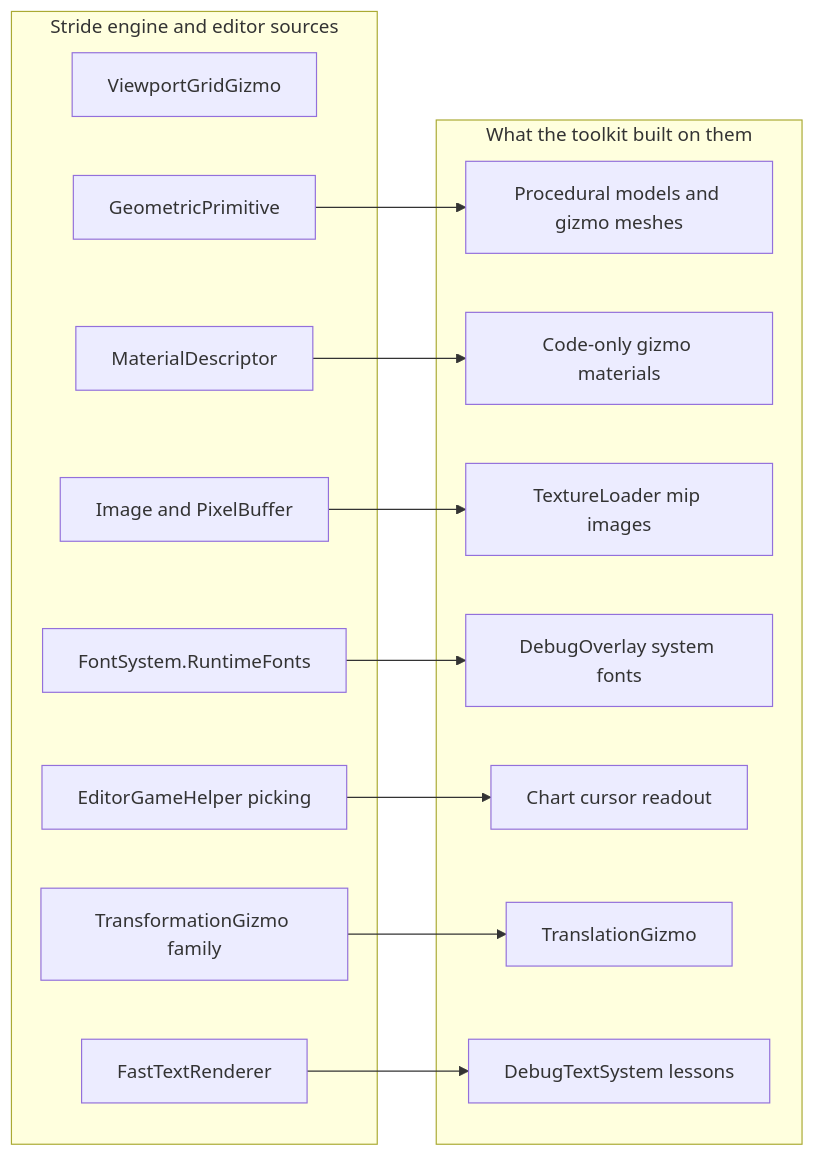
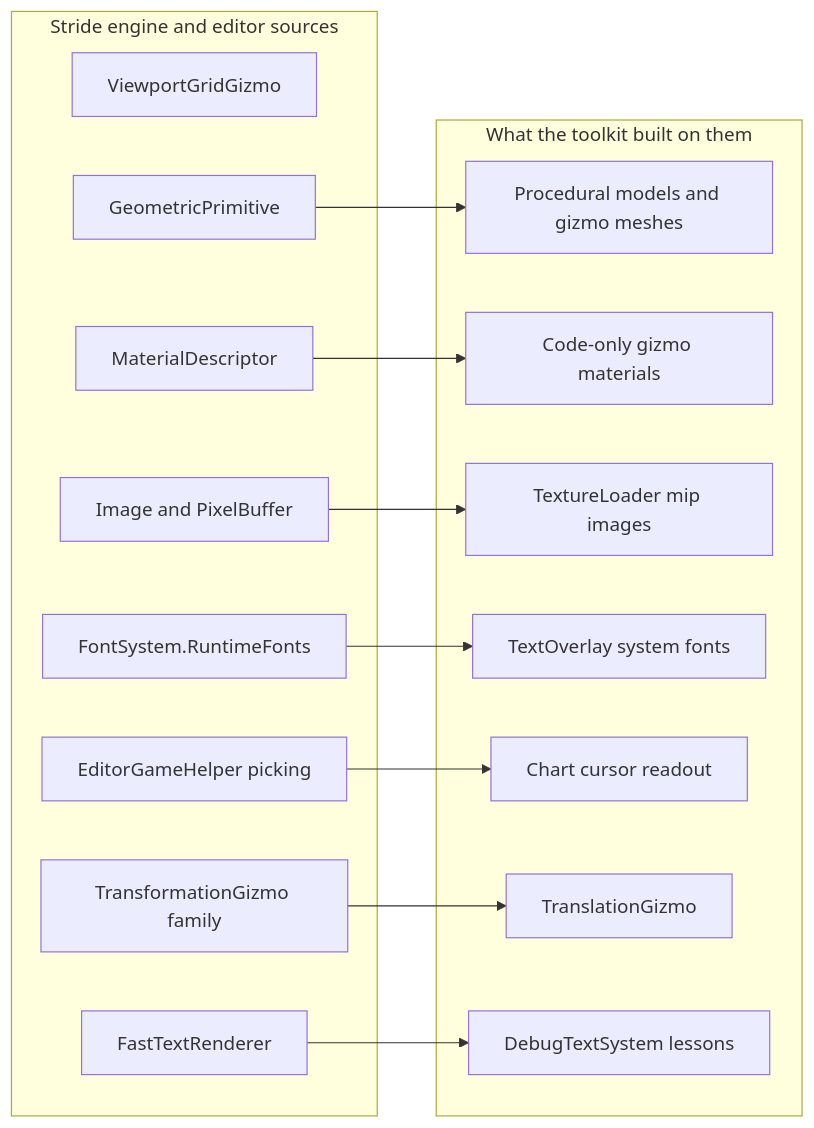
Before and after one commit to stride3d/stride-community-toolkit: the diagram in docs/manual/engine-patterns.md, drawn with Mermaid. The commit also changed other lines of this file and 280 other files, not shown here.

First line of the commit message:
refactor(toolkit)!: Debug names gone, three text namespaces, one body mode on the physics options (#457)

````diff
--- a/docs/manual/engine-patterns.md
+++ b/docs/manual/engine-patterns.md
@@ -11,29 +11,29 @@
 ```mermaid
 flowchart LR
     subgraph engine [Stride engine and editor sources]
         GRID[ViewportGridGizmo]
         PRIM[GeometricPrimitive]
         MAT[MaterialDescriptor]
         IMG[Image and PixelBuffer]
         FONT[FontSystem.RuntimeFonts]
         PICK[EditorGameHelper picking]
         GIZ[TransformationGizmo family]
         FTR[FastTextRenderer]
     end
     subgraph toolkit [What the toolkit built on them]
         MODELS[Procedural models and gizmo meshes]
         GIZMAT[Code-only gizmo materials]
         TEX[TextureLoader mip images]
-        OVERLAY[DebugOverlay system fonts]
+        OVERLAY[TextOverlay system fonts]
         CURSOR[Chart cursor readout]
         TGIZ[TranslationGizmo]
         DBGTXT[DebugTextSystem lessons]
     end
     PRIM --> MODELS
     MAT --> GIZMAT
     IMG --> TEX
     FONT --> OVERLAY
     PICK --> CURSOR
     GIZ --> TGIZ
     FTR --> DBGTXT
 ```
````
